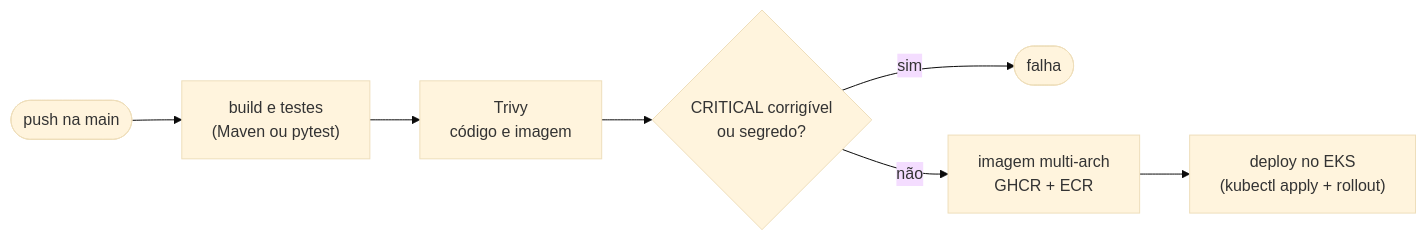
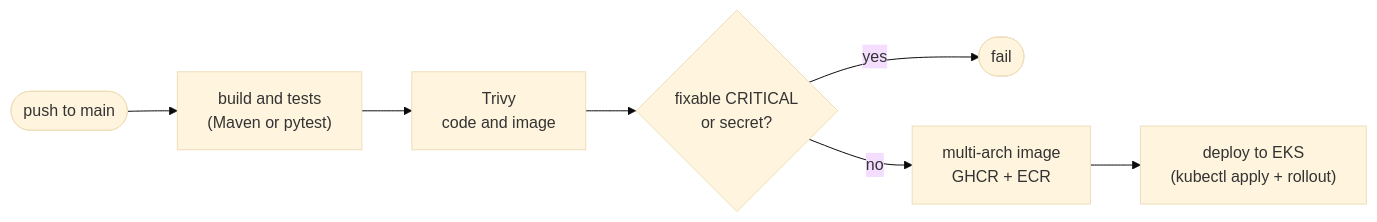
The second of 2 diagrams in docs/projeto.md (souzxxx/platform-docs), drawn with Mermaid (base theme) before and after one commit. The commit also changed other lines of this file and 15 other files, not shown here.

````diff
--- a/docs/projeto.md
+++ b/docs/projeto.md
@@ -60,9 +60,9 @@
 ``` mermaid
 flowchart LR
-    push(["push na main"]) --> build["build e testes<br/>(Maven ou pytest)"]
-    build --> trivy["Trivy<br/>código e imagem"]
-    trivy --> gate{"CRITICAL corrigível<br/>ou segredo?"}
-    gate -->|sim| fail([falha])
-    gate -->|não| img["imagem multi-arch<br/>GHCR + ECR"]
-    img --> deploy["deploy no EKS<br/>(kubectl apply + rollout)"]
+    push(["push to main"]) --> build["build and tests<br/>(Maven or pytest)"]
+    build --> trivy["Trivy<br/>code and image"]
+    trivy --> gate{"fixable CRITICAL<br/>or secret?"}
+    gate -->|yes| fail([fail])
+    gate -->|no| img["multi-arch image<br/>GHCR + ECR"]
+    img --> deploy["deploy to EKS<br/>(kubectl apply + rollout)"]
 ```
````
